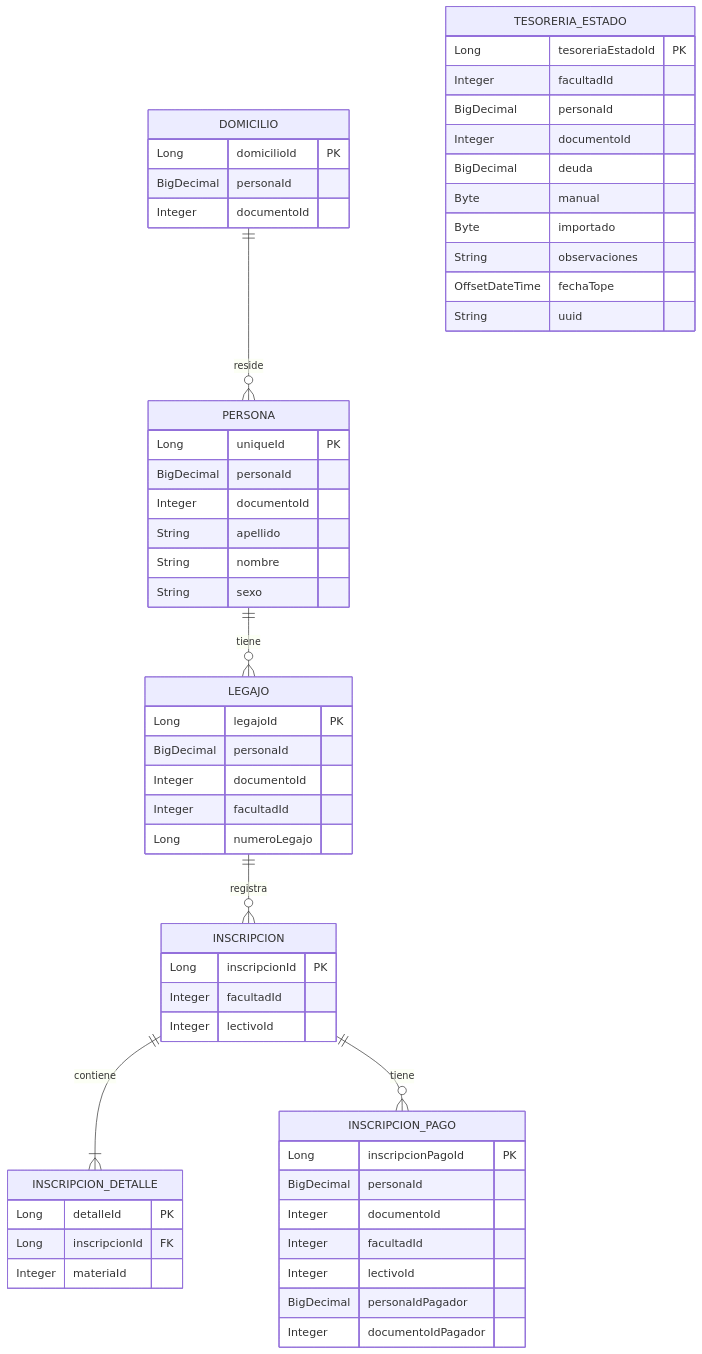
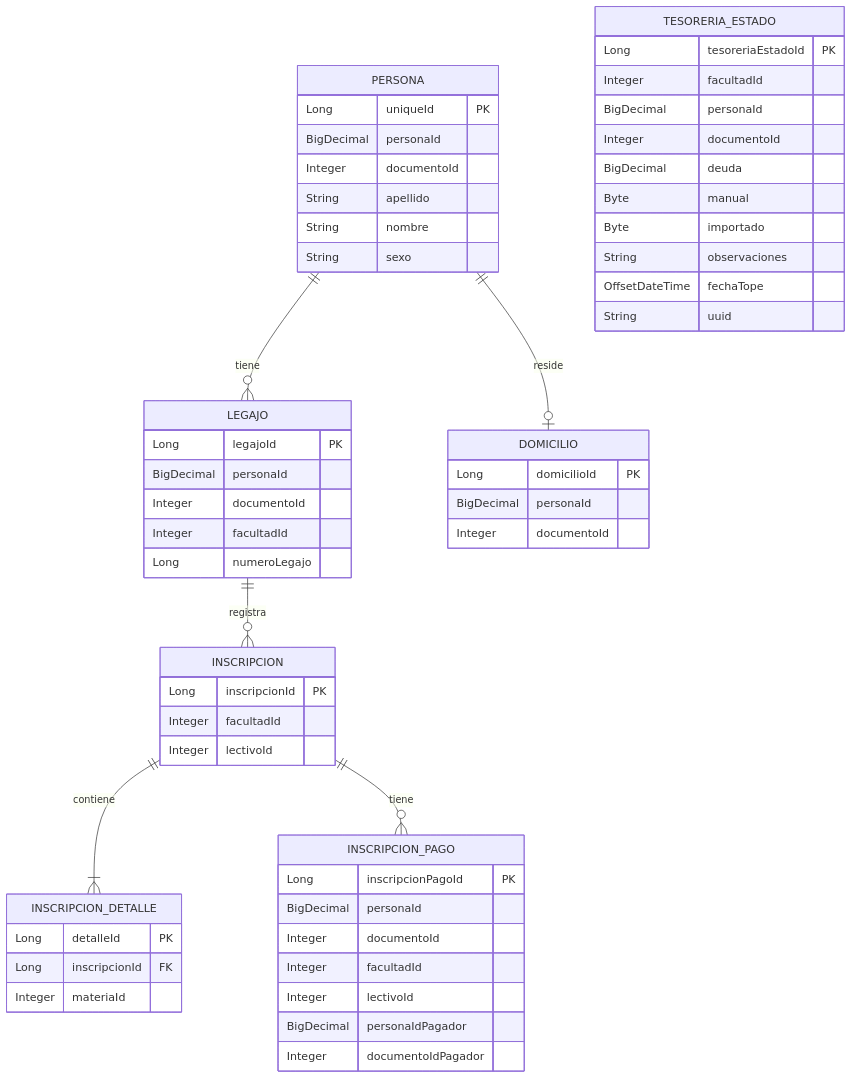
One commit to UM-services/UM.facultad.core-service changed the diagram in docs/diagrams/erd-database.mmd. Above: the diagram before and after it, drawn with Mermaid. The commit also changed 89 other files, not shown here.

```diff
--- a/docs/diagrams/erd-database.mmd
+++ b/docs/diagrams/erd-database.mmd
@@ -1,57 +1,57 @@
 erDiagram
     PERSONA ||--o{ LEGAJO : tiene
     PERSONA {
         Long uniqueId PK
         BigDecimal personaId
         Integer documentoId
         String apellido
         String nombre
         String sexo
     }
     LEGAJO ||--o{ INSCRIPCION : registra
     LEGAJO {
         Long legajoId PK
         BigDecimal personaId
         Integer documentoId
         Integer facultadId
         Long numeroLegajo
     }
     INSCRIPCION ||--|{ INSCRIPCION_DETALLE : contiene
     INSCRIPCION {
         Long inscripcionId PK
         Integer facultadId
         Integer lectivoId
     }
     INSCRIPCION_DETALLE {
         Long detalleId PK
         Long inscripcionId FK
         Integer materiaId
     }
-    DOMICILIO ||--o{ PERSONA : reside
+    PERSONA ||--o| DOMICILIO : reside
     DOMICILIO {
         Long domicilioId PK
         BigDecimal personaId
         Integer documentoId
     }
     INSCRIPCION ||--o{ INSCRIPCION_PAGO : tiene
     INSCRIPCION_PAGO {
         Long inscripcionPagoId PK
         BigDecimal personaId
         Integer documentoId
         Integer facultadId
         Integer lectivoId
         BigDecimal personaIdPagador
         Integer documentoIdPagador
     }
     TESORERIA_ESTADO {
         Long tesoreriaEstadoId PK
         Integer facultadId
         BigDecimal personaId
         Integer documentoId
         BigDecimal deuda
         Byte manual
         Byte importado
         String observaciones
         OffsetDateTime fechaTope
         String uuid
     }
```
